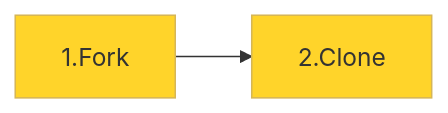
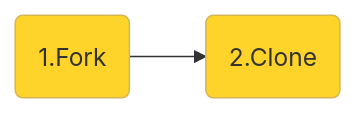
Before and after one commit to ORMIRcommunity/coding_guidelines: the first of 3 diagrams in gh_contributing.md, drawn with Mermaid. The commit also changed other lines of this file and 5 other files, not shown here.

````diff
--- a/gh_contributing.md
+++ b/gh_contributing.md
@@ -41,11 +42,11 @@
 ```mermaid
 flowchart LR
     direction LR
-    fork[1.Fork]
-    clone[2.Clone]
+    fork(1.Fork)
+    clone(2.Clone)
 
     fork --> clone
 
     classDef yellow fill:#ffd42aff,stroke:#d6b656,stroke-width:2px // yellow    
       class fork,clone yellow
 ```
````
